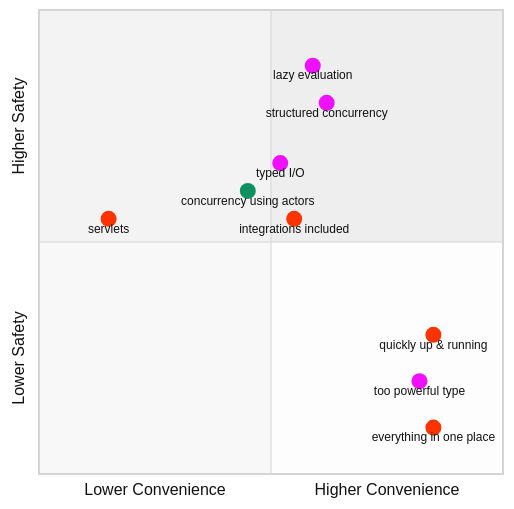
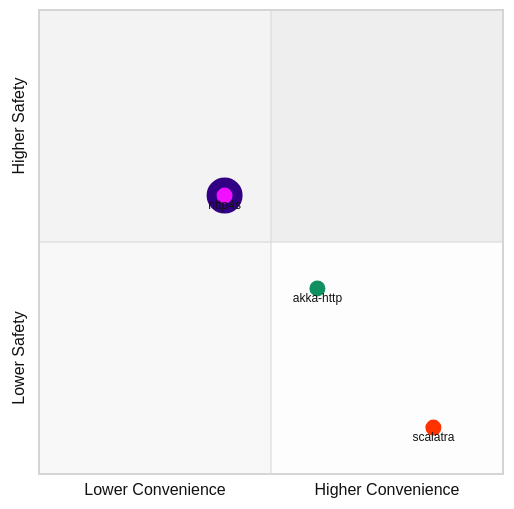
Diagram 13 of 14 in slides/http.md (polyvariant/flavors-of-scala), drawn with Mermaid (neutral theme) before and after one commit. The commit also changed other lines of this file and 3 other files, not shown here.

Commit message:
Improve the http flow, simplify, remove slides

````diff
--- a/slides/http.md
+++ b/slides/http.md
@@ -1040,20 +793,13 @@
 ```mermaid {scale: 0.8}
 quadrantChart
   x-axis Lower Convenience --> Higher Convenience
   y-axis Lower Safety --> Higher Safety
-  everything in one place:::scalatra: [0.85, 0.1]
-  quickly up & running:::scalatra: [0.85, 0.3]
-  servlets:::scalatra: [0.15, 0.55]
-  integrations included:::scalatra: [0.55, 0.55]
-  concurrency using actors:::actors: [0.45, 0.61]
-  typed I/O:::io: [0.52, 0.67]
-  structured concurrency:::io: [0.62, 0.8]
-  lazy evaluation:::io: [0.59, 0.88]
-  too powerful type:::io: [0.82, 0.2]
+  scalatra:::scalatra: [0.85, 0.1]
+  akka-http:::akka: [0.6, 0.4]
+  http4s:::http4s: [0.4, 0.6]
 
   classDef scalatra color: #ff3300, radius : 8
-  classDef actors color: #109060, radius : 8
-  classDef io color: #f00fff, radius : 8
-  classDef class2 color: #908342, radius : 8, stroke-color: #310085, stroke-width: 10px
-  classDef class3 color: #f00fff, radius : 8
+  classDef akka color: #109060, radius : 8
+  classDef http4s color: #f00fff, radius : 13, stroke-color: #310085, stroke-width: 10px
+  classDef tapir color: #F99111, radius : 8
 ```
````
